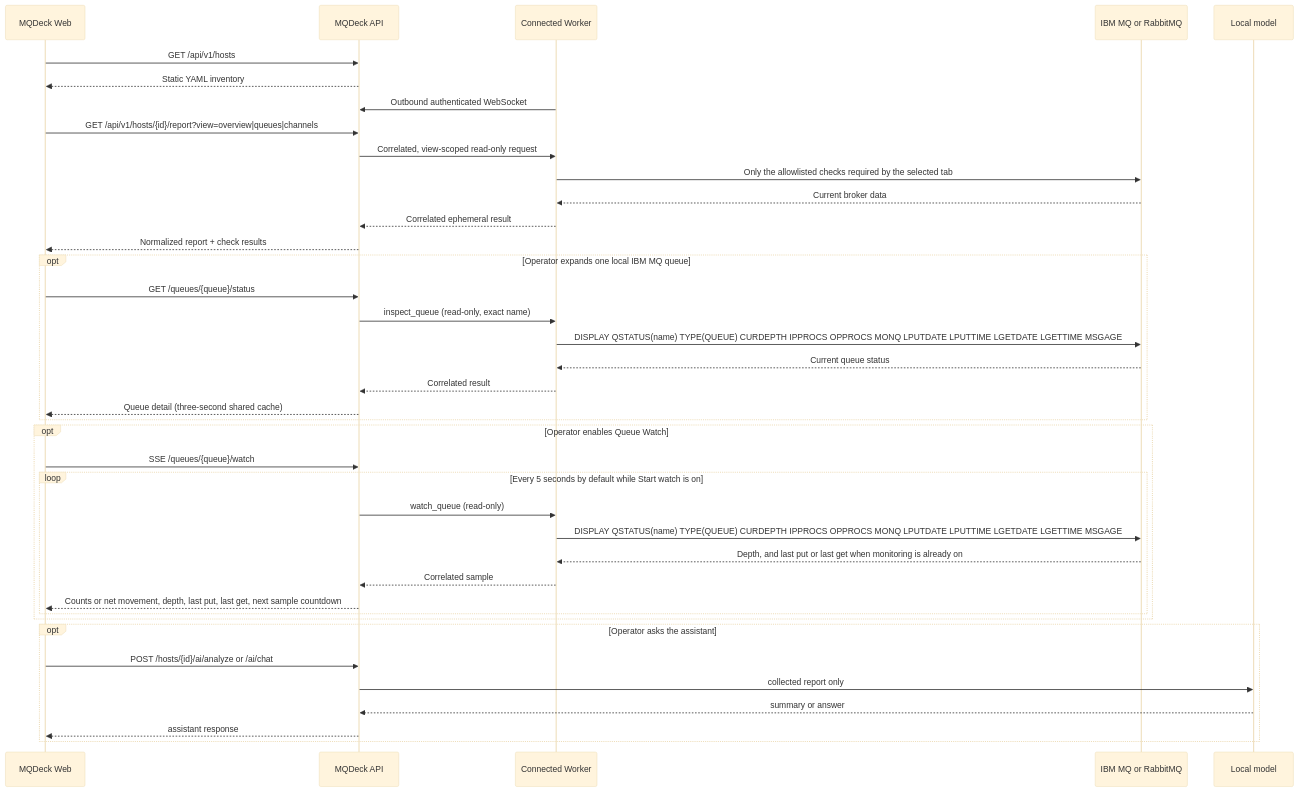
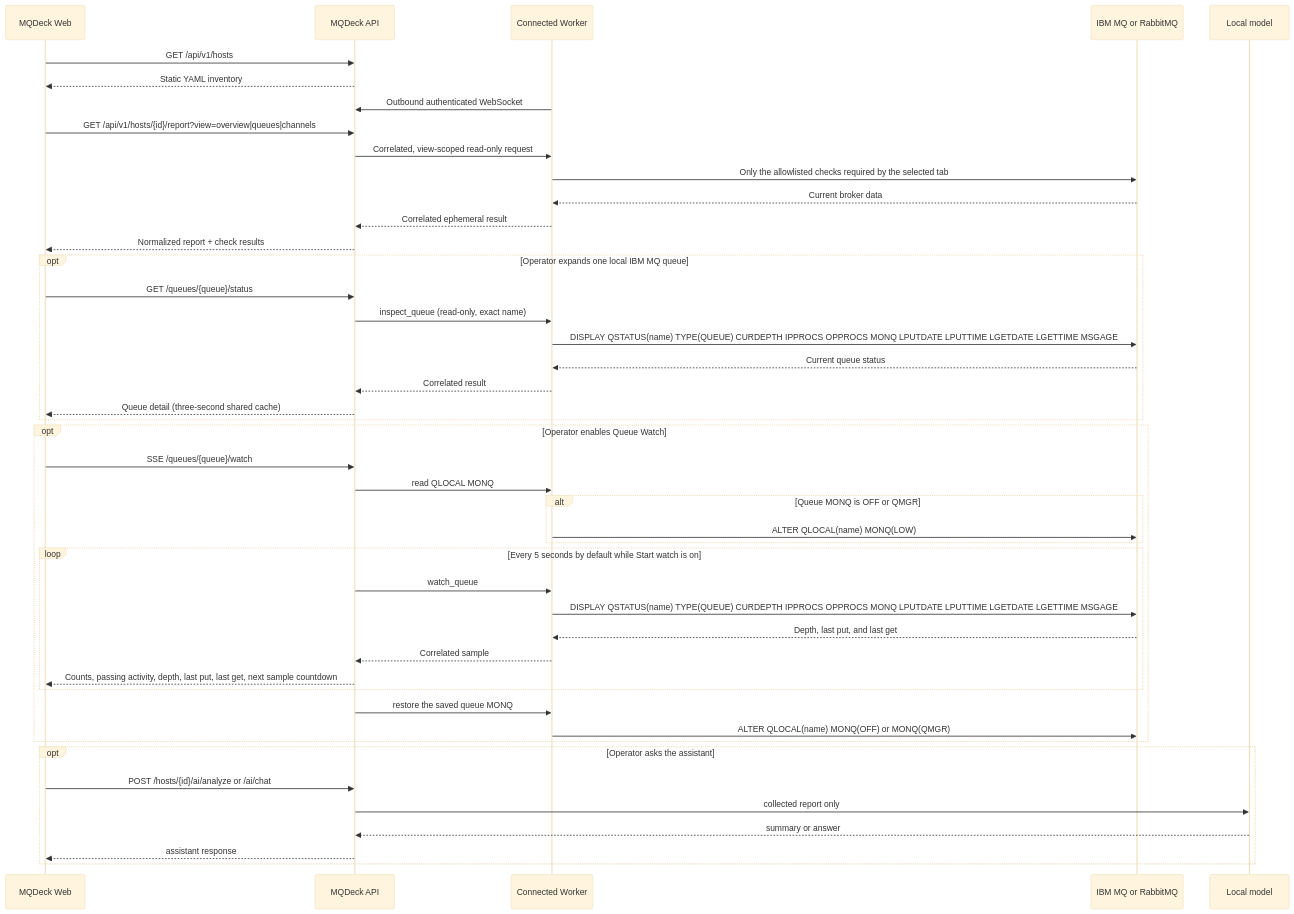
The diagram in docs/on-demand-architecture.md (mqdeck/mqdeck), drawn with Mermaid (base theme) before and after one commit. The commit also changed other lines of this file and 7 other files, not shown here.

````diff
--- a/docs/on-demand-architecture.md
+++ b/docs/on-demand-architecture.md
@@ -20,42 +20,48 @@
 ```mermaid
 sequenceDiagram
     participant UI as MQDeck Web
     participant API as MQDeck API
     participant A as Connected Worker
     participant MQ as IBM MQ or RabbitMQ
     participant Model as Local model
 
     UI->>API: GET /api/v1/hosts
     API-->>UI: Static YAML inventory
     A->>API: Outbound authenticated WebSocket
     UI->>API: GET /api/v1/hosts/{id}/report?view=overview|queues|channels
     API->>A: Correlated, view-scoped read-only request
     A->>MQ: Only the allowlisted checks required by the selected tab
     MQ-->>A: Current broker data
     A-->>API: Correlated ephemeral result
     API-->>UI: Normalized report + check results
     opt Operator expands one local IBM MQ queue
         UI->>API: GET /queues/{queue}/status
         API->>A: inspect_queue (read-only, exact name)
         A->>MQ: DISPLAY QSTATUS(name) TYPE(QUEUE) CURDEPTH IPPROCS OPPROCS MONQ LPUTDATE LPUTTIME LGETDATE LGETTIME MSGAGE
         MQ-->>A: Current queue status
         A-->>API: Correlated result
         API-->>UI: Queue detail (three-second shared cache)
     end
     opt Operator enables Queue Watch
         UI->>API: SSE /queues/{queue}/watch
+        API->>A: read QLOCAL MONQ
+        alt Queue MONQ is OFF or QMGR
+            A->>MQ: ALTER QLOCAL(name) MONQ(LOW)
+        end
         loop Every 5 seconds by default while Start watch is on
-            API->>A: watch_queue (read-only)
+            API->>A: watch_queue
             A->>MQ: DISPLAY QSTATUS(name) TYPE(QUEUE) CURDEPTH IPPROCS OPPROCS MONQ LPUTDATE LPUTTIME LGETDATE LGETTIME MSGAGE
-            MQ-->>A: Depth, and last put or last get when monitoring is already on
+            MQ-->>A: Depth, last put, and last get
             A-->>API: Correlated sample
-            API-->>UI: Counts or net movement, depth, last put, last get, next sample countdown
+            API-->>UI: Counts, passing activity, depth, last put, last get, next sample countdown
         end
+        API->>A: restore the saved queue MONQ
+        A->>MQ: ALTER QLOCAL(name) MONQ(OFF) or MONQ(QMGR)
     end
     opt Operator asks the assistant
         UI->>API: POST /hosts/{id}/ai/analyze or /ai/chat
         API->>Model: collected report only
         Model-->>API: summary or answer
         API-->>UI: assistant response
     end
 ```
````
